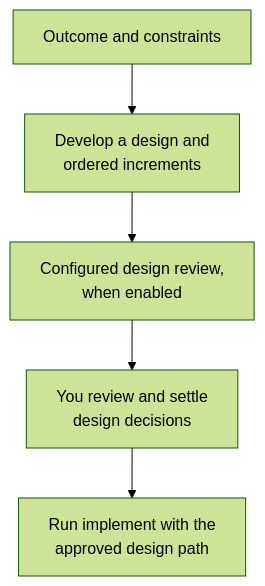
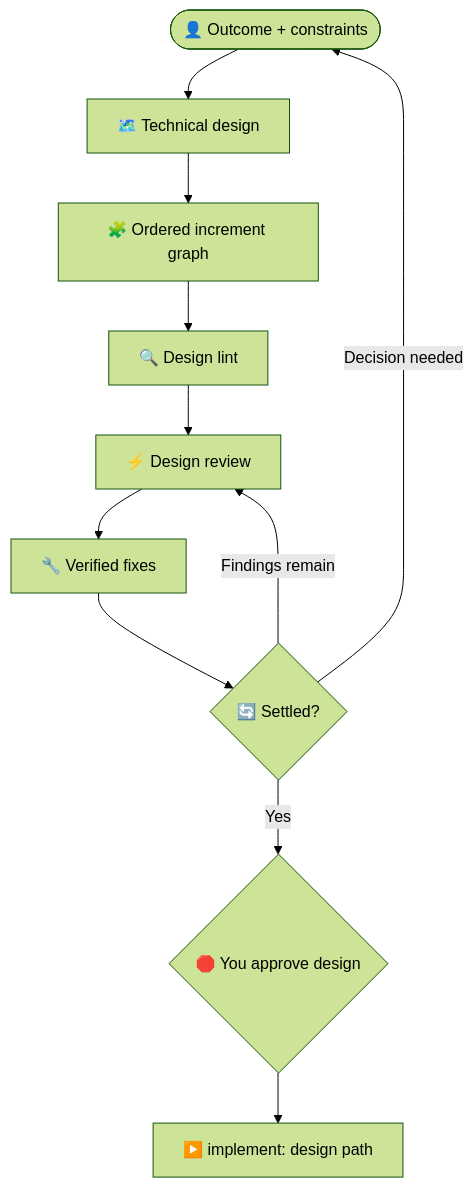
The diagram in skills/dispatch/references/readme/design.md (Gyunikuchan/dispatch-skills), drawn with Mermaid (forest theme) before and after one commit. The commit also changed 5 other files, not shown here.

First line of the commit message:
docs(dispatch): detail verb flow diagrams in README-style mermaid

````diff
--- a/skills/dispatch/references/readme/design.md
+++ b/skills/dispatch/references/readme/design.md
@@ -11,7 +11,13 @@
 ```mermaid
 flowchart TD
-    Goal["Outcome and constraints"] --> Shape["Develop a design and<br/>ordered increments"]
-    Shape --> Review["Configured design review,<br/>when enabled"]
-    Review --> Settle["You review and settle<br/>design decisions"]
-    Settle --> Implement["Run implement with the<br/>approved design path"]
+    User(["👤 Outcome + constraints"]) --> Draft["🗺️ Technical design"]
+    Draft --> Increments["🧩 Ordered increment graph"]
+    Increments --> Lint["🔍 Design lint"]
+    Lint --> Review["⚡ Design review"]
+    Review --> Fix["🔧 Verified fixes"]
+    Fix --> Settled{"🔄 Settled?"}
+    Settled -->|Findings remain| Review
+    Settled -->|Decision needed| User
+    Settled -->|Yes| Gate{"🛑 You approve design"}
+    Gate --> Next["▶️ implement: design path"]
 ```
````
